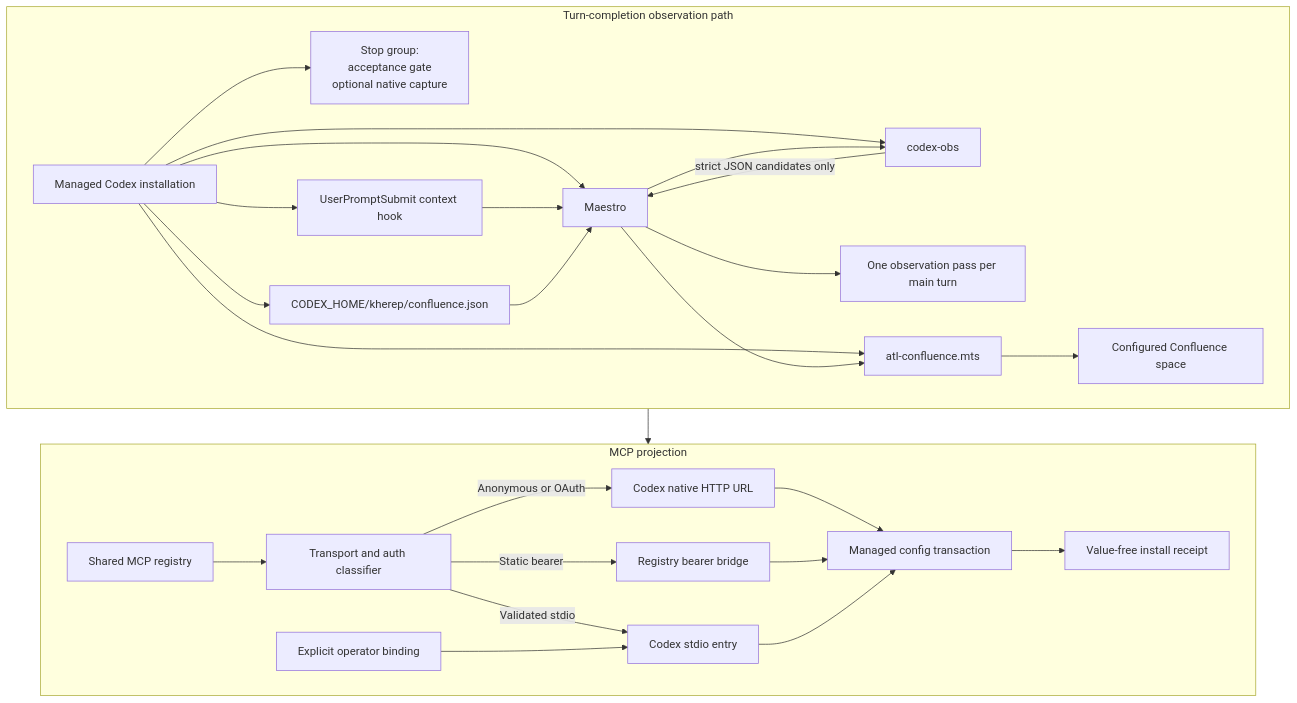
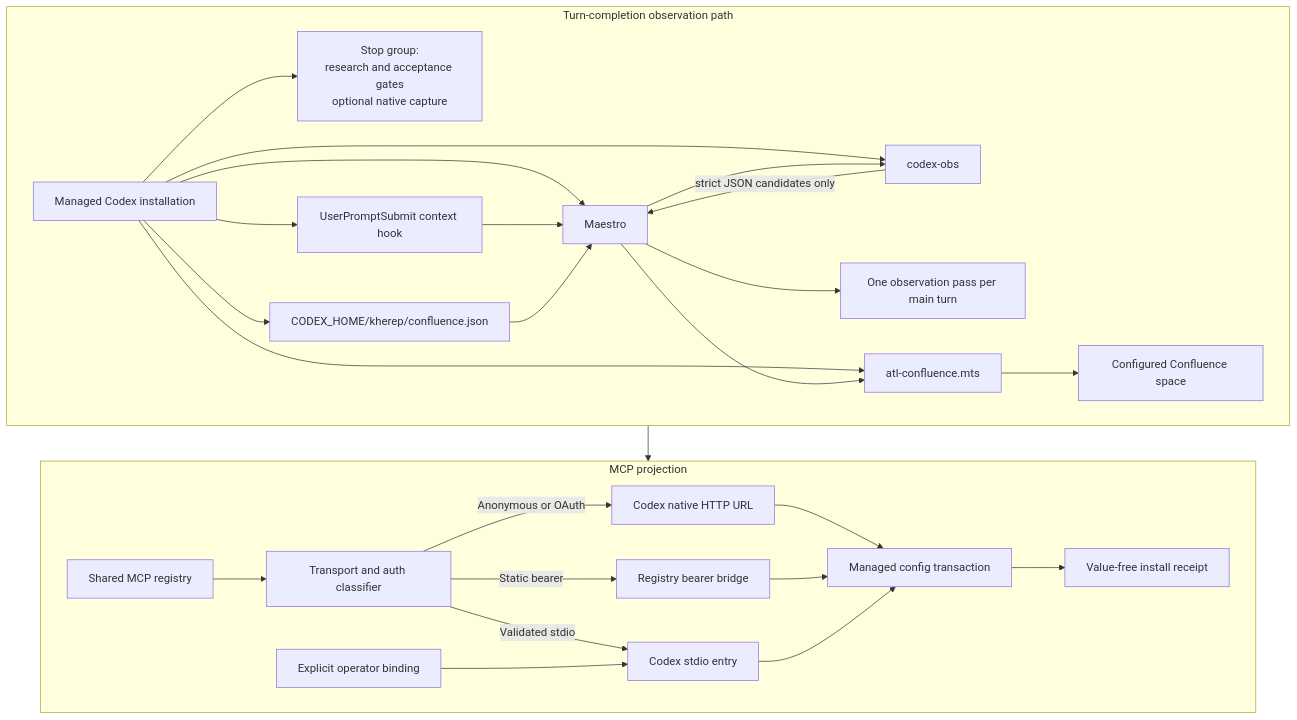
Before and after one commit to cfaysal/kherep: the diagram in codex/ARCHITECTURE.md, drawn with Mermaid. The commit also changed other lines of this file and 18 other files, not shown here.

First line of the commit message:
feat: enforce Codex evidence-first research

````diff
--- a/codex/ARCHITECTURE.md
+++ b/codex/ARCHITECTURE.md
@@ -33,34 +43,34 @@
 ```mermaid
 flowchart TB
     subgraph T[Turn-completion observation path]
         direction LR
-        I[Managed Codex installation] --> ST[Stop group:<br/>acceptance gate<br/>optional native capture]
+        I[Managed Codex installation] --> ST[Stop group:<br/>research and acceptance gates<br/>optional native capture]
         I --> MA[Maestro]
         I --> OB[codex-obs]
         I --> UC[UserPromptSubmit context hook]
         UC --> MA
         MA --> OB
         OB -->|strict JSON candidates only| MA
         MA --> NR[One observation pass per main turn]
         I --> CB[atl-confluence.mts]
         I --> CT[CODEX_HOME/kherep/confluence.json]
         CT --> MA
         MA --> CB
         CB --> CS[Configured Confluence space]
     end
 
     subgraph P[MCP projection]
         direction LR
         R[Shared MCP registry] --> C[Transport and auth classifier]
         C -->|Anonymous or OAuth| H[Codex native HTTP URL]
         C -->|Static bearer| B[Registry bearer bridge]
         C -->|Validated stdio| S[Codex stdio entry]
         O[Explicit operator binding] --> S
         H --> M[Managed config transaction]
         B --> M
         S --> M
         M --> Q[Value-free install receipt]
     end
 
     I --> M
 ```
````
